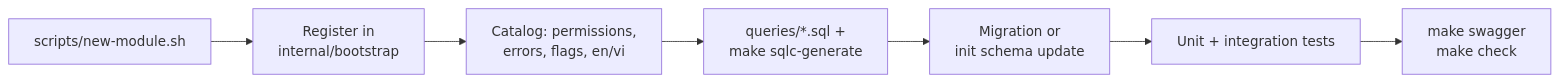
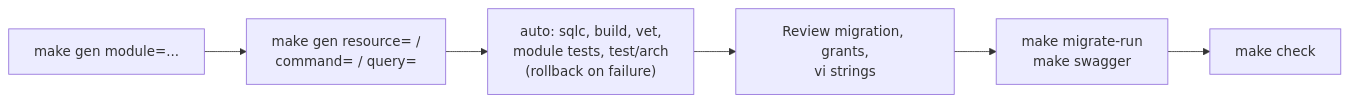
One commit to chuanghiduoc/fiber-golang-boilerplate changed the seventh of 7 diagrams in README.md. Above: the diagram before and after it, drawn with Mermaid. The commit also changed other lines of this file and 73 other files, not shown here.

First line of the commit message:
feat(gen): Go code generator and per-module sqlc configs

````diff
--- a/README.md
+++ b/README.md
@@ -653,9 +661,8 @@
 ```mermaid
 flowchart LR
-    A["scripts/new-module.sh"] --> B["Register in<br/>internal/bootstrap"]
-    B --> C["Catalog: permissions,<br/>errors, flags, en/vi"]
-    C --> D["queries/*.sql +<br/>make sqlc-generate"]
-    D --> E["Migration or<br/>init schema update"]
-    E --> F["Unit + integration tests"]
-    F --> G["make swagger<br/>make check"]
+    A["make gen module=..."] --> B["make gen resource= /<br/>command= / query="]
+    B --> C["auto: sqlc, build, vet,<br/>module tests, test/arch<br/>(rollback on failure)"]
+    C --> D["Review migration, grants,<br/>vi strings"]
+    D --> E["make migrate-run<br/>make swagger"]
+    E --> F["make check"]
 ```
````
